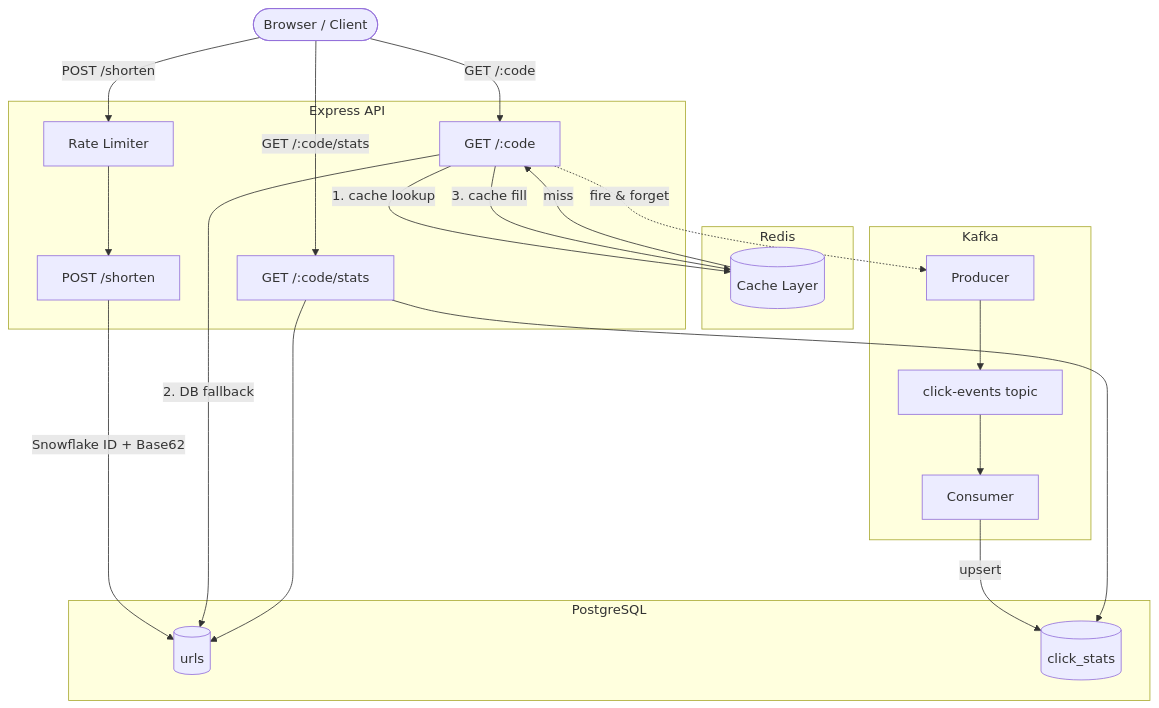
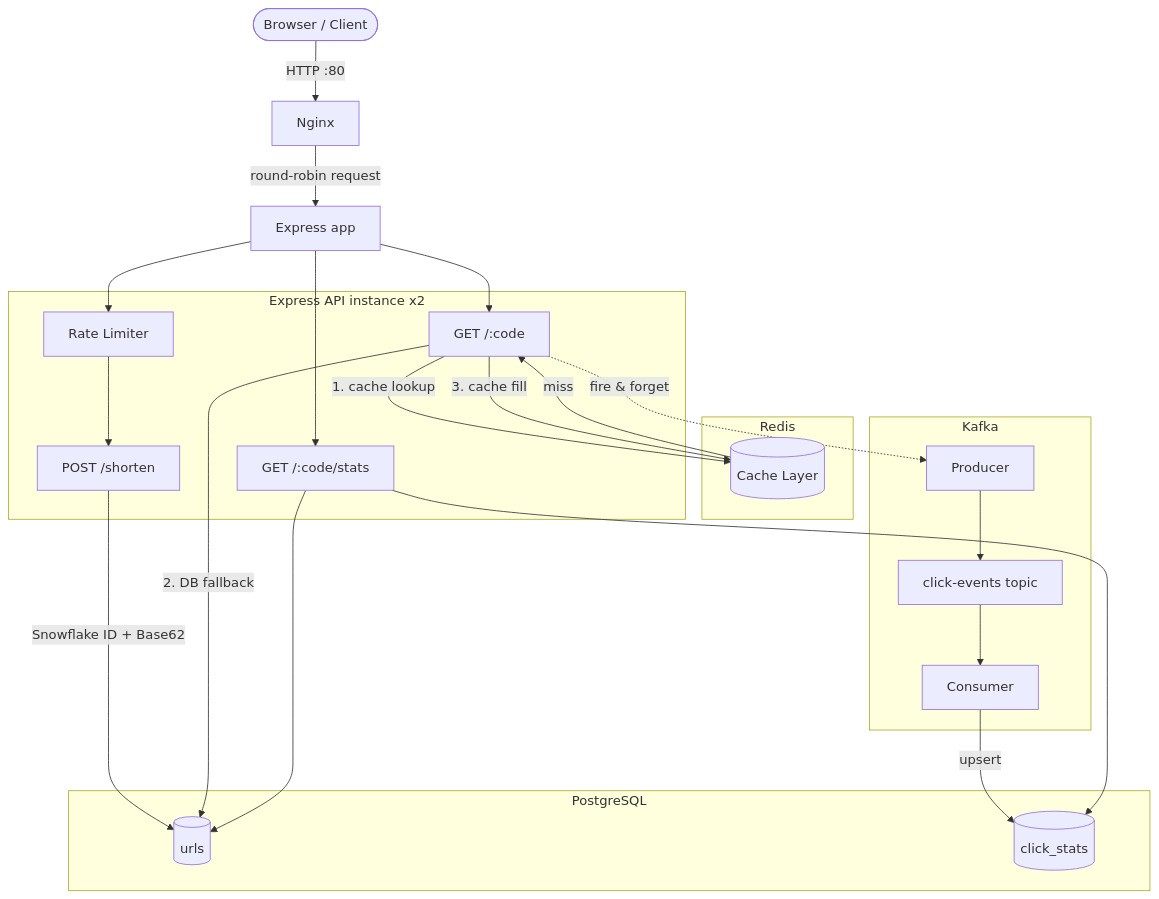
One commit to itsmeaks200/url-shortner changed the diagram in README.md. Above: the diagram before and after it, drawn with Mermaid. The commit also changed other lines of this file and 17 other files, not shown here.

````diff
--- a/README.md
+++ b/README.md
@@ -7,43 +7,45 @@
 ```mermaid
 flowchart TD
     Client([Browser / Client])
 
-    subgraph API[Express API]
+    subgraph API[Express API instance x2]
         RL[Rate Limiter]
         SH[POST /shorten]
         RD[GET /:code]
         ST[GET /:code/stats]
     end
 
     subgraph Cache[Redis]
         RC[(Cache Layer)]
     end
 
     subgraph DB[PostgreSQL]
         UT[(urls)]
         CS[(click_stats)]
     end
 
     subgraph Pipeline[Kafka]
         KP[Producer]
         KT[click-events topic]
         KC[Consumer]
     end
 
-    Client -->|POST /shorten| RL
+    Client -->|HTTP :80| NX[Nginx]
+    NX -->|round-robin request| APP[Express app]
+    APP --> RL
     RL --> SH
-    Client -->|GET /:code| RD
-    Client -->|GET /:code/stats| ST
+    APP --> RD
+    APP --> ST
 
     SH -->|Snowflake ID + Base62| UT
     RD -->|1. cache lookup| RC
     RC -->|miss| RD
     RD -->|2. DB fallback| UT
     RD -->|3. cache fill| RC
     RD -.->|fire & forget| KP
     KP --> KT
     KT --> KC
     KC -->|upsert| CS
     ST --> UT
     ST --> CS
 ```
````
